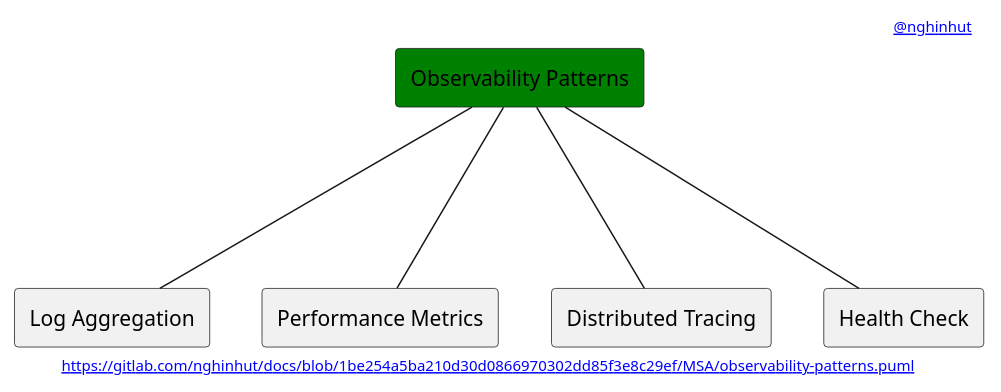
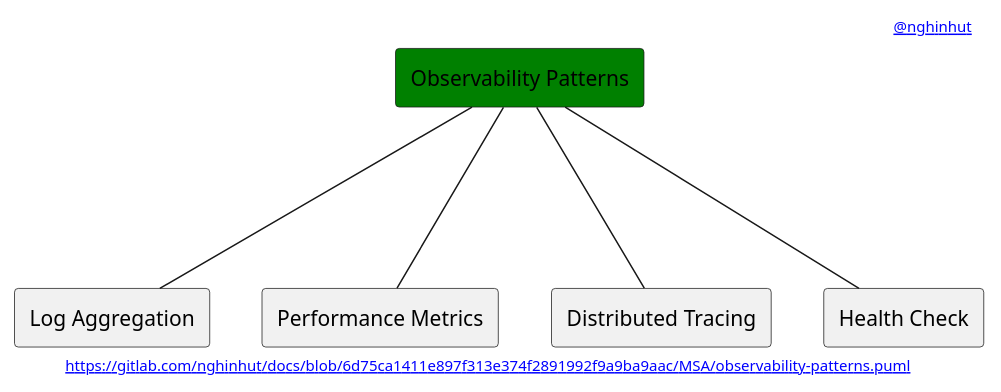
One commit to nghinhut/docs changed the diagram in MSA/observability-patterns.puml. Above: the diagram before and after it, drawn with PlantUML. The commit also changed 23 other files, not shown here.

Commit message:
Update diagrams

```diff
--- a/MSA/observability-patterns.puml
+++ b/MSA/observability-patterns.puml
@@ -1,18 +1,18 @@
 @startuml
 '-----START auto generated metadata please keep comment here to allow auto update-----
 '-----DON'T EDIT THIS SECTION, INSTEAD RE-RUN prebuild.sh TO UPDATE-----
-header [[https://www.nghinhut.dev?from=http%5C%3A%5C%2F%5C%2Fwww%5C.plantuml%5C.com%5C%2Fplantuml%5C%2Fproxy%3Ffmt%3Dsvg%5C%26src%3Dhttps%5C%3A%5C%2F%5C%2Fgitlab%5C.com%5C%2Fnghinhut%5C%2Fdocs%5C%2Fraw%5C%2F1be254a5ba210d30d0866970302dd85f3e8c29ef%5C%2FMSA%5C%2Fobservability-patterns%5C.puml%0A @nghinhut]]
-footer [[http://www.plantuml.com/plantuml/proxy?fmt=svg&src=https://gitlab.com/nghinhut/docs/raw/1be254a5ba210d30d0866970302dd85f3e8c29ef/MSA/observability-patterns.puml https://gitlab.com/nghinhut/docs/blob/1be254a5ba210d30d0866970302dd85f3e8c29ef/MSA/observability-patterns.puml]]
+header [[https://www.nghinhut.dev?from=http%5C%3A%5C%2F%5C%2Fwww%5C.plantuml%5C.com%5C%2Fplantuml%5C%2Fproxy%3Ffmt%3Dsvg%5C%26src%3Dhttps%5C%3A%5C%2F%5C%2Fgitlab%5C.com%5C%2Fnghinhut%5C%2Fdocs%5C%2Fraw%5C%2F6d75ca1411e897f313e374f2891992f9a9ba9aac%5C%2FMSA%5C%2Fobservability-patterns%5C.puml%0A @nghinhut]]
+footer [[http://www.plantuml.com/plantuml/proxy?fmt=svg&src=https://gitlab.com/nghinhut/docs/raw/6d75ca1411e897f313e374f2891992f9a9ba9aac/MSA/observability-patterns.puml https://gitlab.com/nghinhut/docs/blob/6d75ca1411e897f313e374f2891992f9a9ba9aac/MSA/observability-patterns.puml]]
 '-----END auto generated metadata please keep comment here to allow auto update-----
 
 rectangle "Observability Patterns" as Observability #green
 
 rectangle "Log Aggregation" as ObservabilityP1
 rectangle "Performance Metrics" as ObservabilityP2
 rectangle "Distributed Tracing" as ObservabilityP3
 rectangle "Health Check" as ObservabilityP4
 Observability --- ObservabilityP1
 Observability --- ObservabilityP2
 Observability --- ObservabilityP3
 Observability --- ObservabilityP4
 @enduml
```
